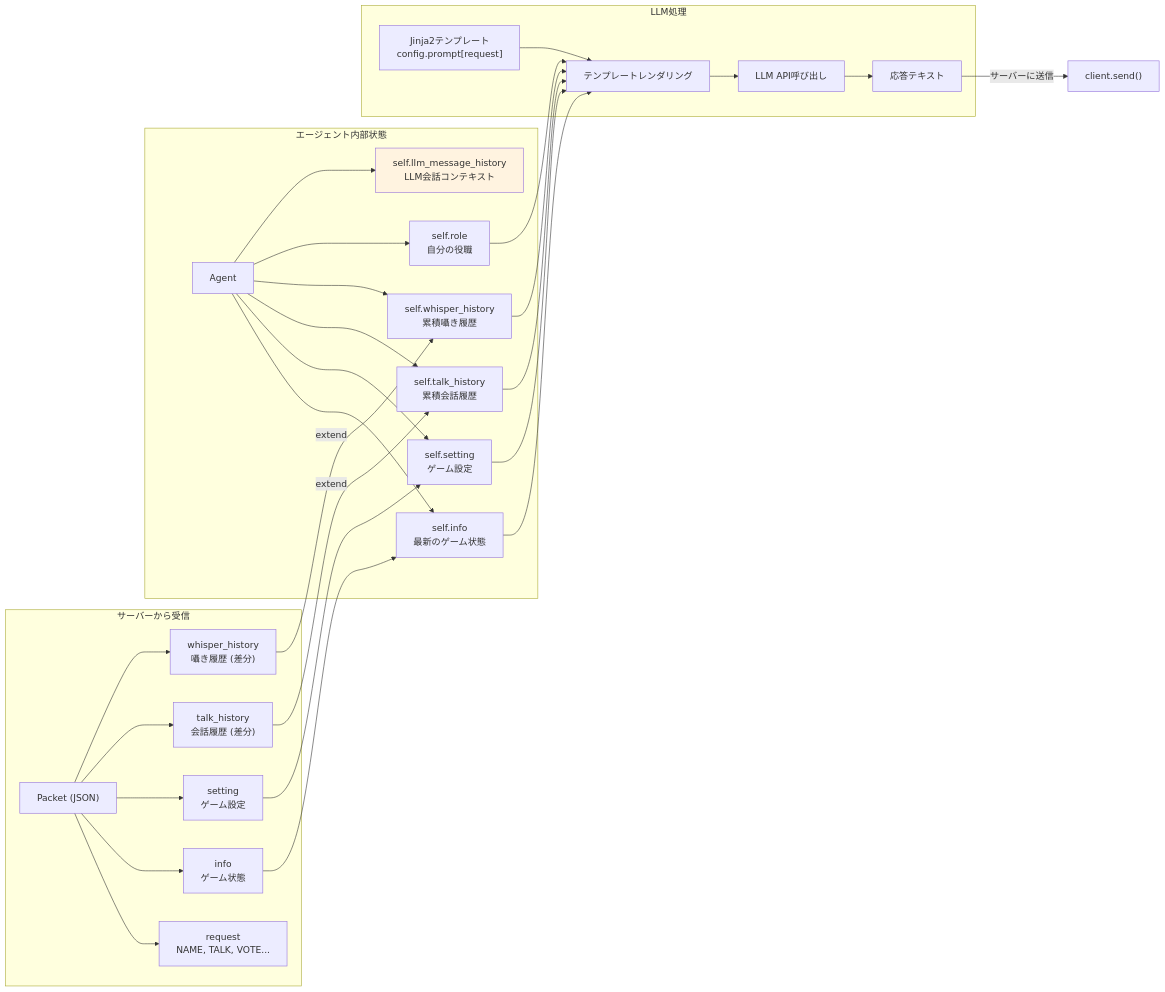
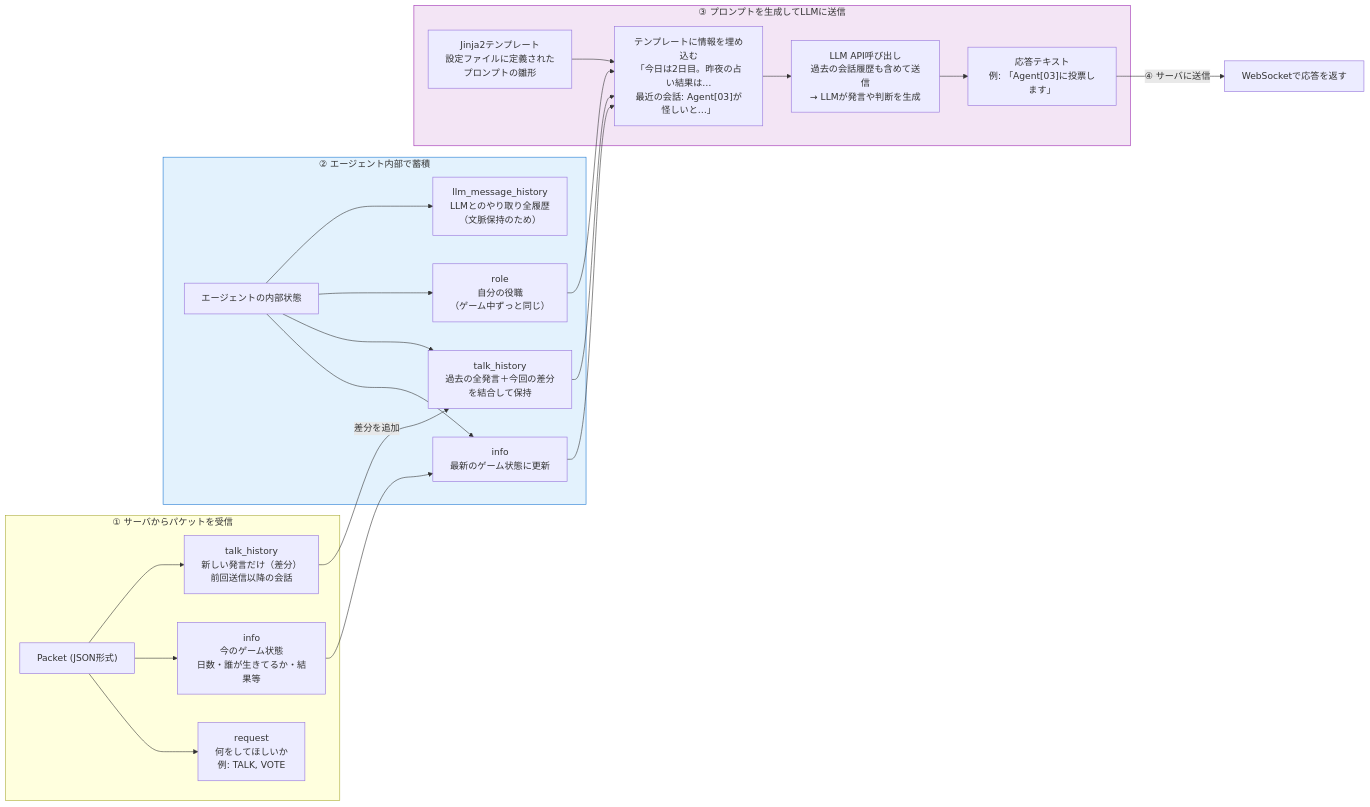
One commit to iggy157/aiwolf-nlp-systems changed the second of 5 diagrams in docs/architecture/agent-architecture.md. Above: the diagram before and after it, drawn with Mermaid. The commit also changed other lines of this file and 2 other files, not shown here.

Commit message:
fix: フロー図修正

````diff
--- a/docs/architecture/agent-architecture.md
+++ b/docs/architecture/agent-architecture.md
@@ -79,40 +89,35 @@
 ```mermaid
 flowchart LR
-    subgraph "サーバーから受信"
-        Packet["Packet (JSON)"]
-        Packet --> Request["request<br/>NAME, TALK, VOTE..."]
-        Packet --> InfoData["info<br/>ゲーム状態"]
-        Packet --> SettingData["setting<br/>ゲーム設定"]
-        Packet --> TalkHist["talk_history<br/>会話履歴 (差分)"]
-        Packet --> WhisperHist["whisper_history<br/>囁き履歴 (差分)"]
+    subgraph Receive["① サーバからパケットを受信"]
+        Packet["Packet (JSON形式)"]
+        Packet --> Request["request<br/>何をしてほしいか<br/>例: TALK, VOTE"]
+        Packet --> InfoData["info<br/>今のゲーム状態<br/>日数・誰が生きてるか・結果等"]
+        Packet --> TalkHist["talk_history<br/>新しい発言だけ（差分）<br/>前回送信以降の会話"]
     end
 
-    subgraph "エージェント内部状態"
-        AgentState["Agent"]
-        AgentState --> SelfInfo["self.info<br/>最新のゲーム状態"]
-        AgentState --> SelfSetting["self.setting<br/>ゲーム設定"]
-        AgentState --> SelfTalk["self.talk_history<br/>累積会話履歴"]
-        AgentState --> SelfWhisper["self.whisper_history<br/>累積囁き履歴"]
-        AgentState --> SelfRole["self.role<br/>自分の役職"]
-        AgentState --> LLMHist["self.llm_message_history<br/>LLM会話コンテキスト"]
+    subgraph Store["② エージェント内部で蓄積"]
+        AgentState["エージェントの内部状態"]
+        AgentState --> SelfInfo["info<br/>最新のゲーム状態に更新"]
+        AgentState --> SelfTalk["talk_history<br/>過去の全発言＋今回の差分<br/>を結合して保持"]
+        AgentState --> SelfRole["role<br/>自分の役職<br/>（ゲーム中ずっと同じ）"]
+        AgentState --> LLMHist["llm_message_history<br/>LLMとのやり取り全履歴<br/>（文脈保持のため）"]
     end
 
-    subgraph "LLM処理"
-        Template["Jinja2テンプレート<br/>config.prompt[request]"]
-        Render["テンプレートレンダリング"]
-        LLMCall["LLM API呼び出し"]
-        Response["応答テキスト"]
+    subgraph Generate["③ プロンプトを生成してLLMに送信"]
+        Template["Jinja2テンプレート<br/>設定ファイルに定義された<br/>プロンプトの雛形"]
+        Render["テンプレートに情報を埋め込む<br/>「今日は2日目。昨夜の占い結果は…<br/>最近の会話: Agent[03]が怪しいと…」"]
+        LLMCall["LLM API呼び出し<br/>過去の会話履歴も含めて送信<br/>→ LLMが発言や判断を生成"]
+        Response["応答テキスト<br/>例: 「Agent[03]に投票します」"]
 
         Template --> Render
-        SelfInfo & SelfSetting & SelfTalk & SelfWhisper & SelfRole --> Render
+        SelfInfo & SelfTalk & SelfRole --> Render
         Render --> LLMCall --> Response
     end
 
     InfoData --> SelfInfo
-    SettingData --> SelfSetting
-    TalkHist -->|extend| SelfTalk
-    WhisperHist -->|extend| SelfWhisper
-    Response -->|"サーバーに送信"| ServerSend["client.send()"]
+    TalkHist -->|"差分を追加"| SelfTalk
+    Response -->|"④ サーバに送信"| ServerSend["WebSocketで応答を返す"]
 
-    style LLMHist fill:#fff3e0
+    style Store fill:#e3f2fd,stroke:#1976d2
+    style Generate fill:#f3e5f5,stroke:#9c27b0
 ```
````
